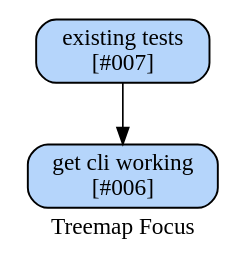
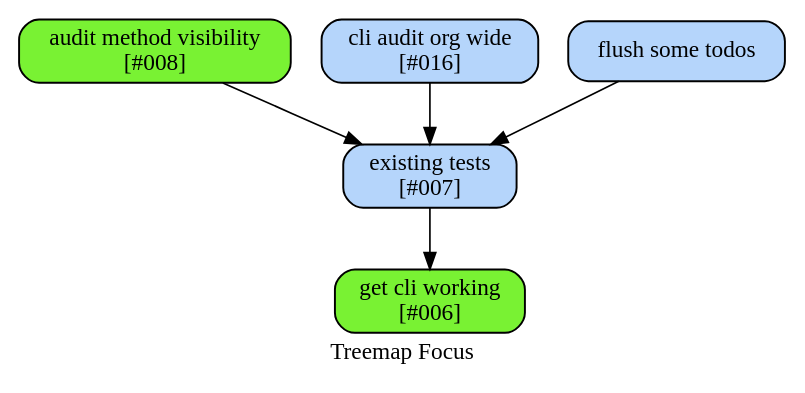
Before and after one commit to hipe/tmx: the diagram in lib/skylab/treemap/doc/now.dot, drawn with Graphviz. The commit also changed 41 other files, not shown here.

```diff
--- a/lib/skylab/treemap/doc/now.dot
+++ b/lib/skylab/treemap/doc/now.dot
@@ -1,25 +1,30 @@
 # created by tan-man on 2013-01-21 01:51:43 UTC
 
 digraph {
 
 /*
   example stmt_list:
     foo -> bar
     biff -> baz
 
   example node_stmt:
     learn_c [label="learn C somehow"]
 */
 
+label="Treemap Focus"
 
 #                 blue : fillcolor="#b5d5fb"
 #             finished : green
 #                green : fillcolor="#79f233"
 
-label="Treemap Focus"
-
 node [label="\N", style="filled", fillcolor="#b5d5fb", fontname="Futura", penwidth="1.1566", shape="Mrecord"]
+audit [fillcolor="#79f233", label="audit method visibility\n[#008]"]
+cli [label="cli audit org wide\n[#016]"]
 existing [label="existing tests\n[#007]"]
-get [label="get cli working\n[#006]"]
+flush [label="flush some todos"]
+get [fillcolor="#79f233", label="get cli working\n[#006]"]
+audit -> existing
+cli -> existing
 existing -> get
+flush -> existing
 }
```
